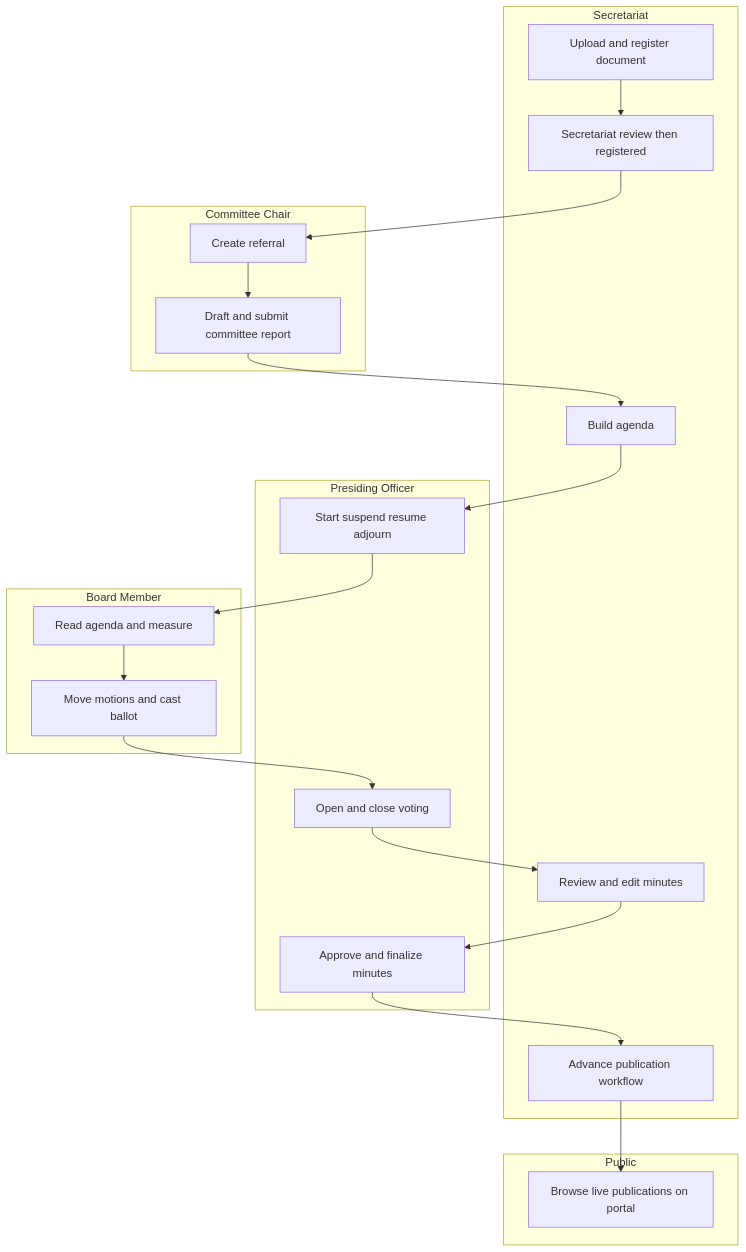
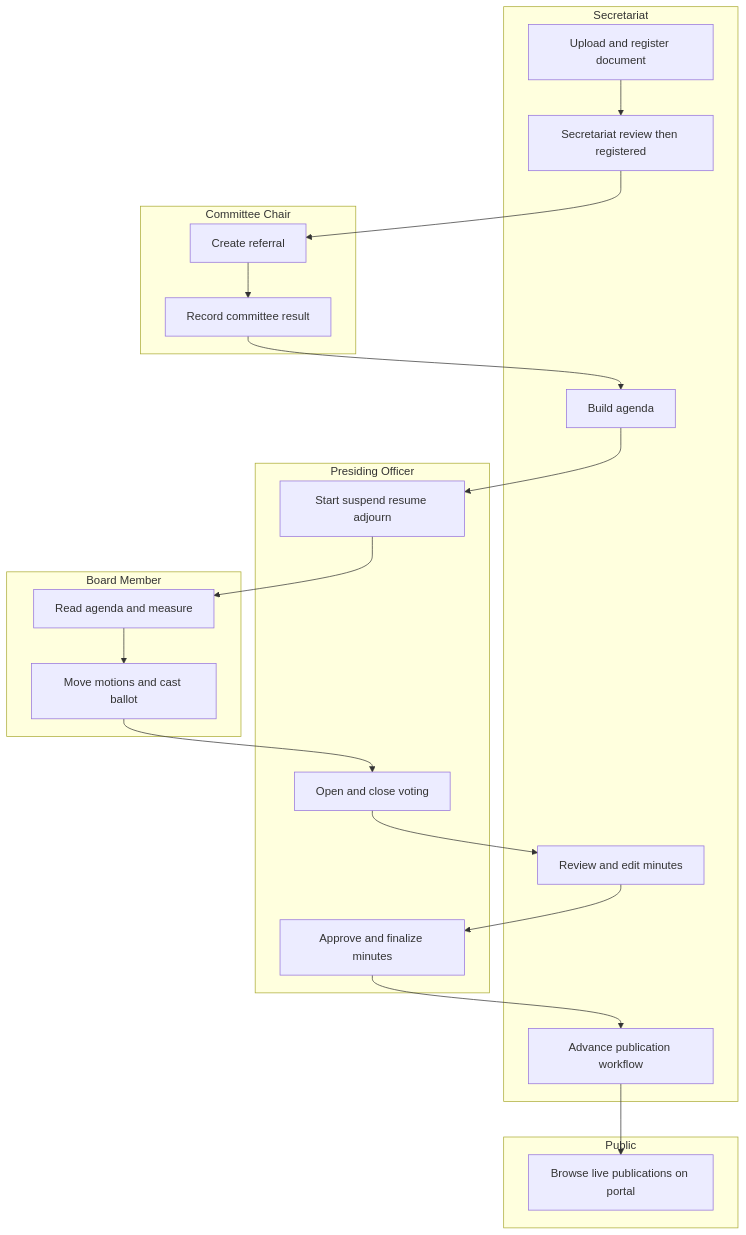
The first of 7 diagrams in docs/process-flow.md (zailmer30/sentria), drawn with Mermaid before and after one commit. The commit also changed other lines of this file and 294 other files, not shown here.

````diff
--- a/docs/process-flow.md
+++ b/docs/process-flow.md
@@ -13,43 +13,43 @@
 ```mermaid
 flowchart TB
   subgraph secretariat [Secretariat]
     intake[Upload and register document]
     irpReview[Secretariat review then registered]
     agendaBuild[Build agenda]
     minutesEdit[Review and edit minutes]
     pubAdvance[Advance publication workflow]
   end
 
-  subgraph committeeChair [Committee Chair]
-    refer[Create referral]
-    report[Draft and submit committee report]
-  end
+    subgraph committeeChair [Committee Chair]
+      refer[Create referral]
+      result[Record committee result]
+    end
 
   subgraph presiding [Presiding Officer]
     floorControl[Start suspend resume adjourn]
     votingControl[Open and close voting]
     minutesApprove[Approve and finalize minutes]
   end
 
   subgraph boardMember [Board Member]
     floorRead[Read agenda and measure]
     motionVote[Move motions and cast ballot]
   end
 
   subgraph publicUser [Public]
     portal[Browse live publications on portal]
   end
 
   intake --> irpReview
   irpReview --> refer
-  refer --> report
-  report --> agendaBuild
+  refer --> result
+  result --> agendaBuild
   agendaBuild --> floorControl
   floorControl --> floorRead
   floorRead --> motionVote
   motionVote --> votingControl
   votingControl --> minutesEdit
   minutesEdit --> minutesApprove
   minutesApprove --> pubAdvance
   pubAdvance --> portal
 ```
````
